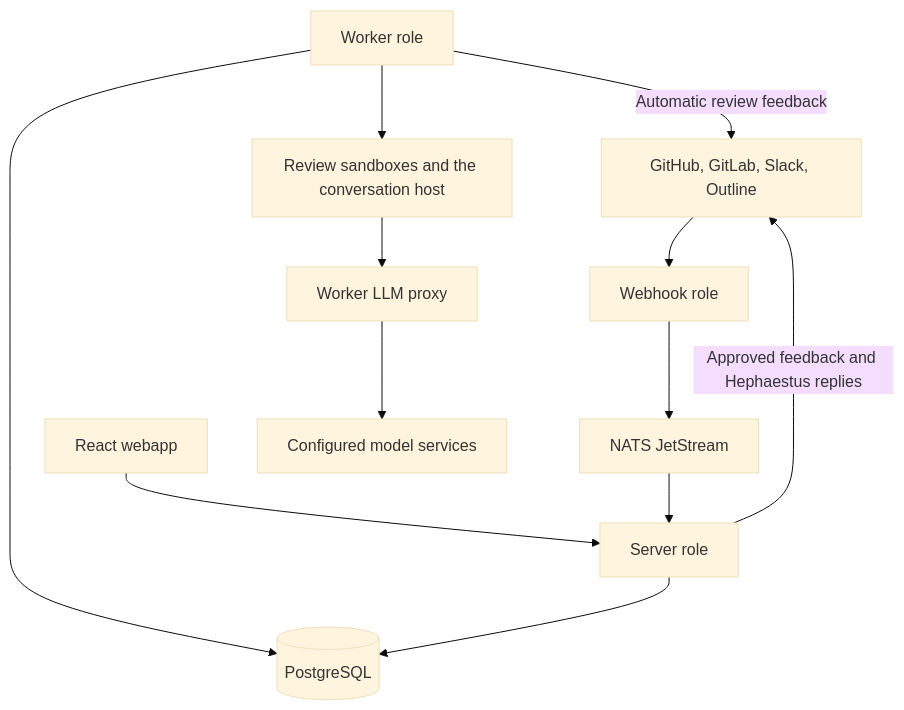
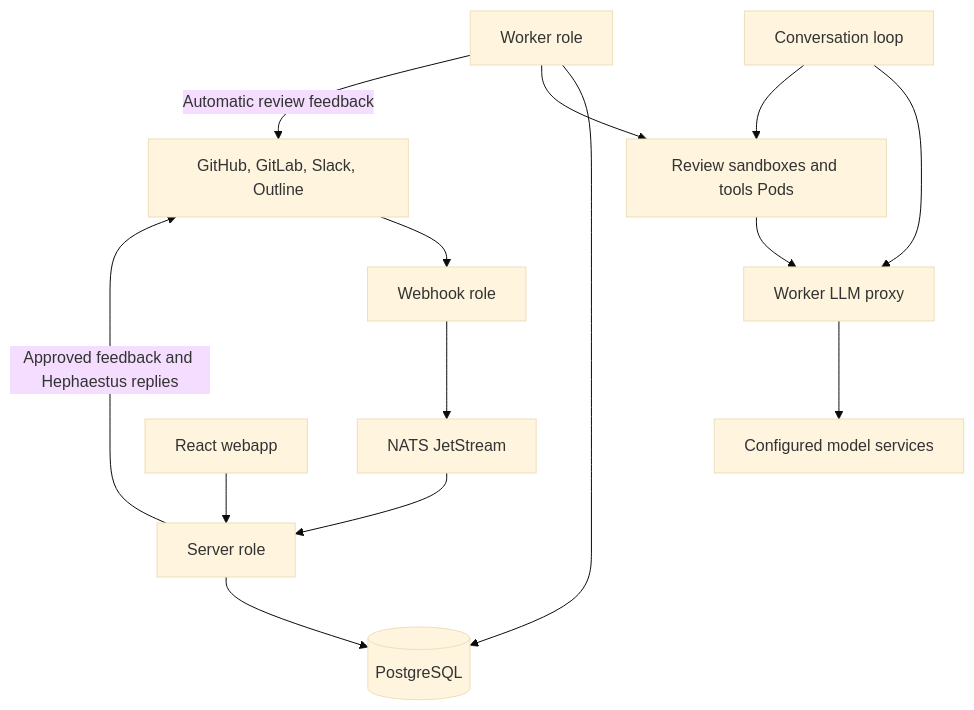
Before and after one commit to hephaestus-build/Hephaestus: the first of 3 diagrams in docs/contributor/system-design.mdx, drawn with Mermaid (base theme). The commit also changed other lines of this file and 191 other files, not shown here.

First line of the commit message:
feat(server): the conversation loop runs every turn, and any worker serves it

````diff
--- a/docs/contributor/system-design.mdx
+++ b/docs/contributor/system-design.mdx
@@ -10,16 +10,18 @@
 ```mermaid
 flowchart TB
     accTitle: Hephaestus runtime topology
-    accDescr: The webapp calls the server. The webhook role verifies provider events and publishes them to NATS. The server consumes events and writes jobs and conversation turns to PostgreSQL. Workers claim them from PostgreSQL and run reviews in sandboxes and conversation turns in one conversation host each.
+    accDescr: The webapp calls the server. The webhook role verifies provider events and publishes them to NATS. The server consumes events and writes jobs and conversation turns to PostgreSQL. Workers claim them from PostgreSQL and run reviews in sandboxes. The conversation loop pulls conversation turns from the workers and runs their tools in tools Pods.
     Providers[GitHub, GitLab, Slack, Outline] --> Webhook[Webhook role]
     Webhook --> NATS[NATS JetStream]
     NATS --> Server[Server role]
     SPA[React webapp] --> Server
     Server --> DB[(PostgreSQL)]
     Worker[Worker role] --> DB
-    Worker --> Sandbox[Review sandboxes and the conversation host]
+    Worker --> Sandbox[Review sandboxes and tools Pods]
+    Loop[Conversation loop] --> Proxy
+    Loop --> Sandbox
     Sandbox --> Proxy[Worker LLM proxy]
     Proxy --> Models[Configured model services]
     Worker -->|Automatic review feedback| Providers
     Server -->|Approved feedback and Hephaestus replies| Providers
 ```
````
